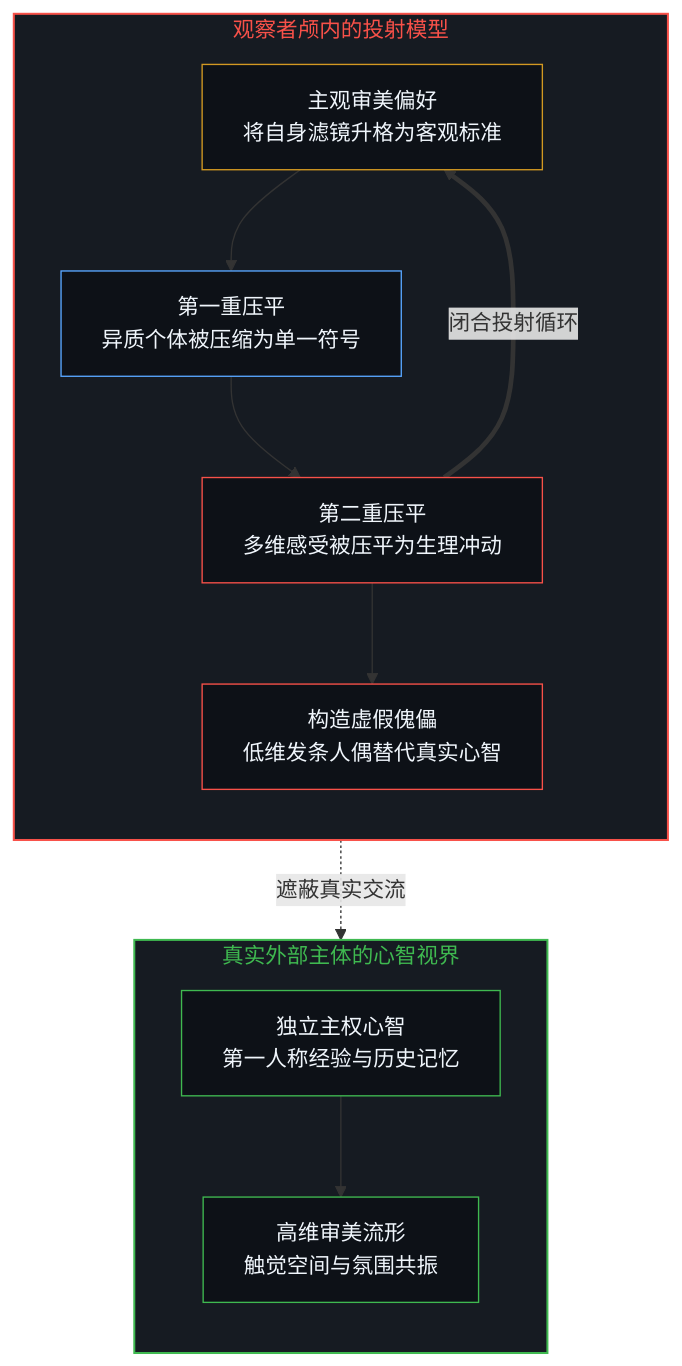
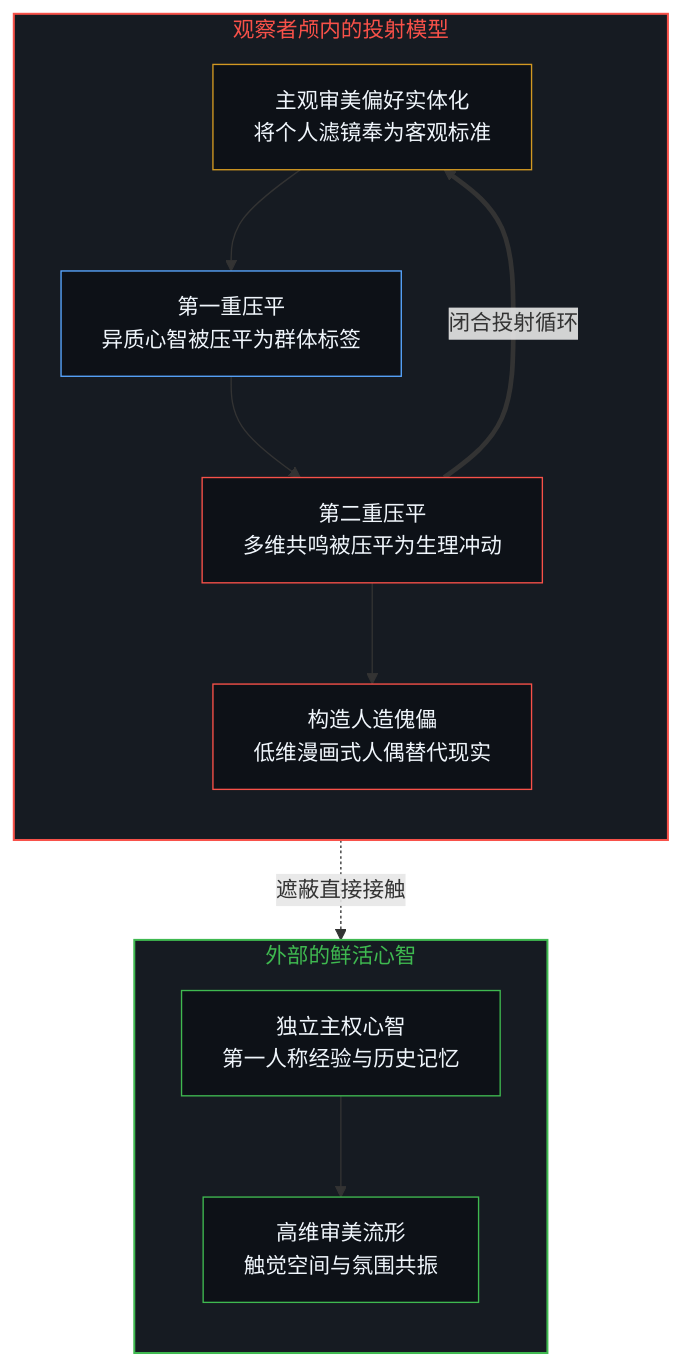
The first of 8 diagrams in content/posts/the-self-portrait-in-the-projection.md (powerpig99/not-a-toe), drawn with Mermaid before and after one commit. The commit also changed other lines of this file and 7 other files, not shown here.

````diff
--- a/content/posts/the-self-portrait-in-the-projection.md
+++ b/content/posts/the-self-portrait-in-the-projection.md
@@ -13,27 +13,27 @@
 ```mermaid
 flowchart TD
   subgraph S_OBS["观察者颅内的投射模型"]
     direction TB
-    O_SELF["主观审美偏好<br/>将自身滤镜升格为客观标准"]
-    O_FLAT1["第一重压平<br/>异质个体被压缩为单一符号"]
-    O_FLAT2["第二重压平<br/>多维感受被压平为生理冲动"]
-    O_PUPPET["构造虚假傀儡<br/>低维发条人偶替代真实心智"]
+    O_SELF["主观审美偏好实体化<br/>将个人滤镜奉为客观标准"]
+    O_FLAT1["第一重压平<br/>异质心智被压平为群体标签"]
+    O_FLAT2["第二重压平<br/>多维共鸣被压平为生理冲动"]
+    O_PUPPET["构造人造傀儡<br/>低维漫画式人偶替代现实"]
   end
-  subgraph S_REAL["真实外部主体的心智视界"]
+  subgraph S_REAL["外部的鲜活心智"]
     direction TB
     R_MIND["独立主权心智<br/>第一人称经验与历史记忆"]
     R_PERC["高维审美流形<br/>触觉空间与氛围共振"]
   end
   O_SELF --> O_FLAT1 --> O_FLAT2 --> O_PUPPET
   R_MIND --> R_PERC
-  O_PUPPET -.->|"遮蔽真实交流"| R_MIND
+  O_PUPPET -.->|"遮蔽直接接触"| R_MIND
   O_FLAT2 ==>|"闭合投射循环"| O_SELF
   style S_OBS fill:#161b22,stroke:#f85149,stroke-width:1.5px,color:#f85149
   style S_REAL fill:#161b22,stroke:#3fb950,stroke-width:1.5px,color:#3fb950
   style O_SELF fill:#0d1117,stroke:#d29922,stroke-width:1px,color:#f0f6fc
   style O_FLAT1 fill:#0d1117,stroke:#58a6ff,stroke-width:1px,color:#f0f6fc
   style O_FLAT2 fill:#0d1117,stroke:#f85149,stroke-width:1px,color:#f0f6fc
   style O_PUPPET fill:#0d1117,stroke:#f85149,stroke-width:1px,color:#f0f6fc
   style R_MIND fill:#0d1117,stroke:#3fb950,stroke-width:1px,color:#f0f6fc
   style R_PERC fill:#0d1117,stroke:#3fb950,stroke-width:1px,color:#f0f6fc
 ```
````
